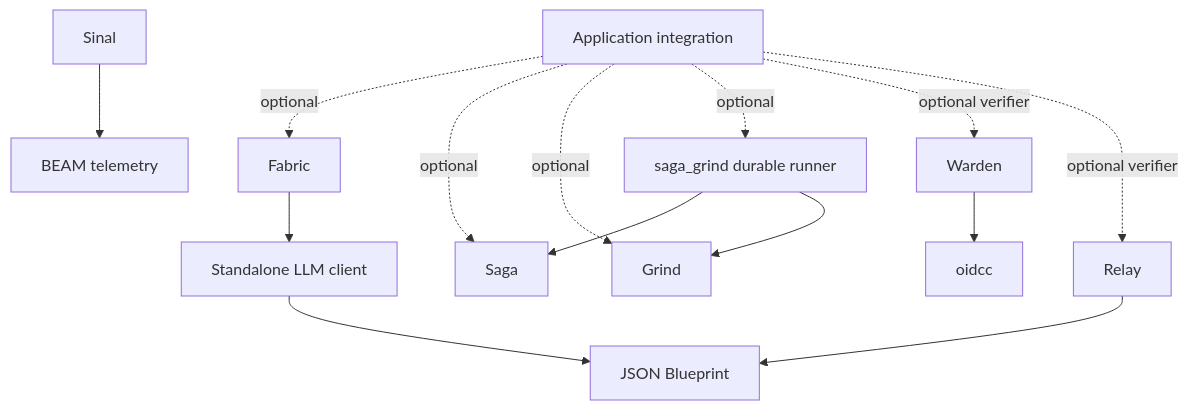
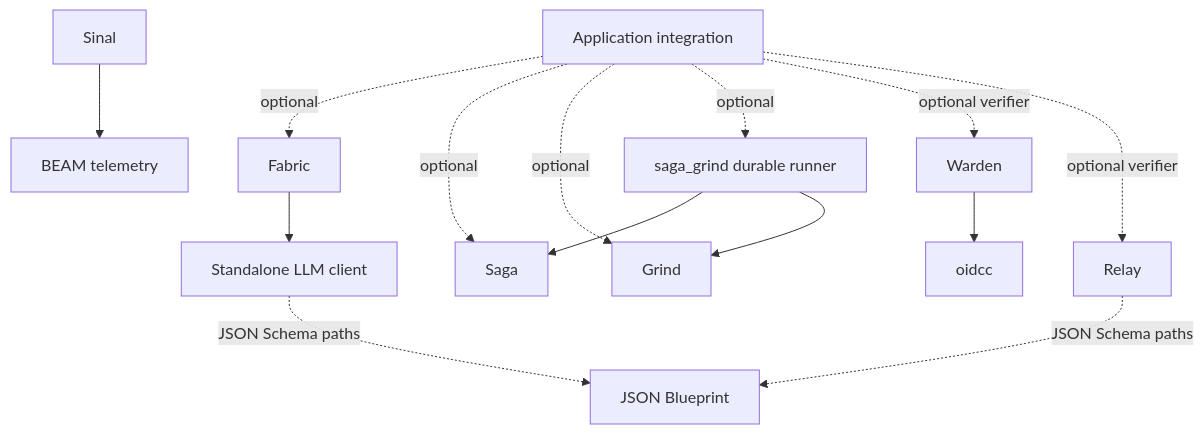
The diagram in ECOSYSTEM-PLAN.md (gleam-dream/oversight), drawn with Mermaid before and after one commit. The commit also changed other lines of this file and 13 other files, not shown here.

First line of the commit message:
docs: scope Blueprint to schema-aware paths

````diff
--- a/ECOSYSTEM-PLAN.md
+++ b/ECOSYSTEM-PLAN.md
@@ -63,16 +63,16 @@
 ```mermaid
 flowchart TD
   Fabric --> LLM[Standalone LLM client]
-  LLM --> Blueprint[JSON Blueprint]
-  Relay --> Blueprint
+  LLM -. JSON Schema paths .-> Blueprint[JSON Blueprint]
+  Relay -. JSON Schema paths .-> Blueprint
   Warden --> oidcc
   Sinal --> Telemetry[BEAM telemetry]
   Integration[Application integration] -. optional .-> Fabric
   Integration -. optional .-> Saga
   Integration -. optional .-> Grind
   SagaGrind[saga_grind durable runner] --> Saga
   SagaGrind --> Grind
   Integration -. optional .-> SagaGrind
   Integration -. optional verifier .-> Warden
   Integration -. optional verifier .-> Relay
 ```
````
